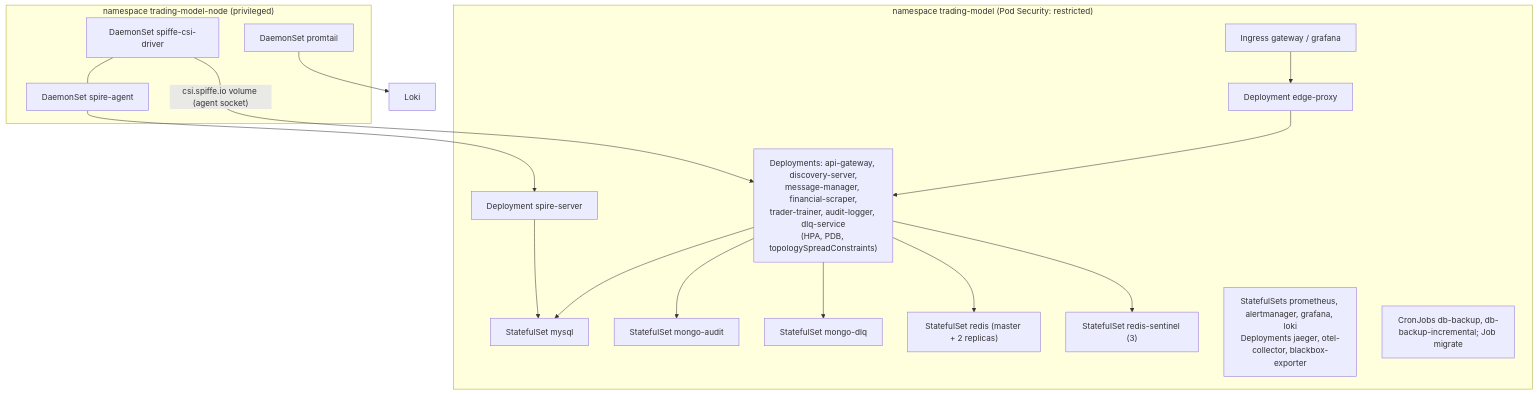
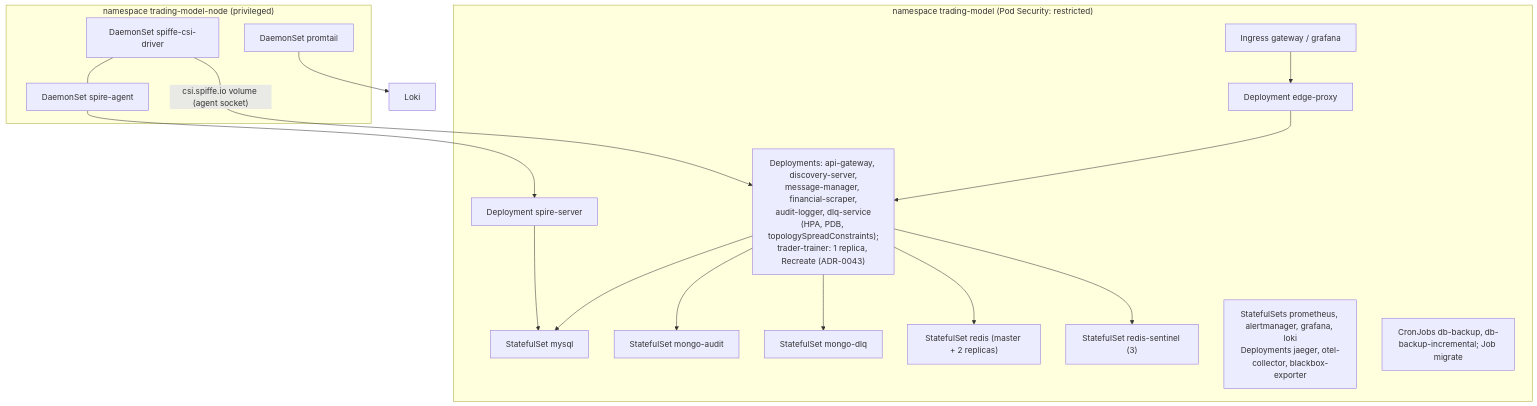
The third of 4 diagrams in docs/architecture/system-overview.md (docteur-turboss/trading-model), drawn with Mermaid before and after one commit. The commit also changed 4 other files, not shown here.

First line of the commit message:
:bug:(k8s): give the trader-trainer singleton no canary, guarded by check-overlays

````diff
--- a/docs/architecture/system-overview.md
+++ b/docs/architecture/system-overview.md
@@ -76,24 +76,24 @@
 ```mermaid
 flowchart TB
   subgraph tm["namespace trading-model (Pod Security: restricted)"]
     ing["Ingress gateway / grafana"] --> edge["Deployment edge-proxy"]
-    edge --> svc["Deployments: api-gateway, discovery-server,<br/>message-manager, financial-scraper,<br/>trader-trainer, audit-logger, dlq-service<br/>(HPA, PDB, topologySpreadConstraints)"]
+    edge --> svc["Deployments: api-gateway, discovery-server,<br/>message-manager, financial-scraper,<br/>audit-logger, dlq-service<br/>(HPA, PDB, topologySpreadConstraints);<br/>trader-trainer: 1 replica, Recreate (ADR-0043)"]
     svc --> mysql["StatefulSet mysql"]
     svc --> mA["StatefulSet mongo-audit"]
     svc --> mD["StatefulSet mongo-dlq"]
     svc --> rd["StatefulSet redis (master + 2 replicas)"]
     svc --> rs["StatefulSet redis-sentinel (3)"]
     ss["Deployment spire-server"] --> mysql
     obs["StatefulSets prometheus, alertmanager, grafana, loki<br/>Deployments jaeger, otel-collector, blackbox-exporter"]
     jobs["CronJobs db-backup, db-backup-incremental; Job migrate"]
   end
   subgraph node["namespace trading-model-node (privileged)"]
     agent["DaemonSet spire-agent"]
     csi["DaemonSet spiffe-csi-driver"]
     pt["DaemonSet promtail"]
   end
   csi -->|"csi.spiffe.io volume (agent socket)"| svc
   agent --> ss
   csi --- agent
   pt --> loki["Loki"]
 ```
````
